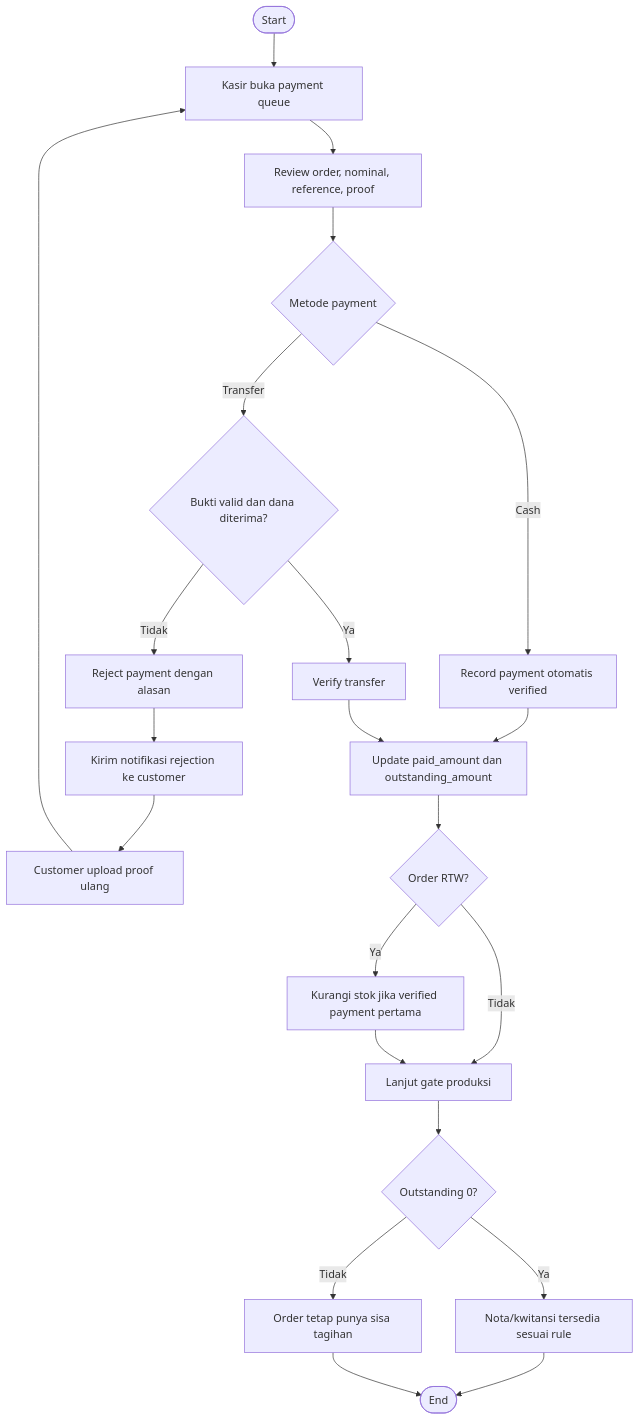
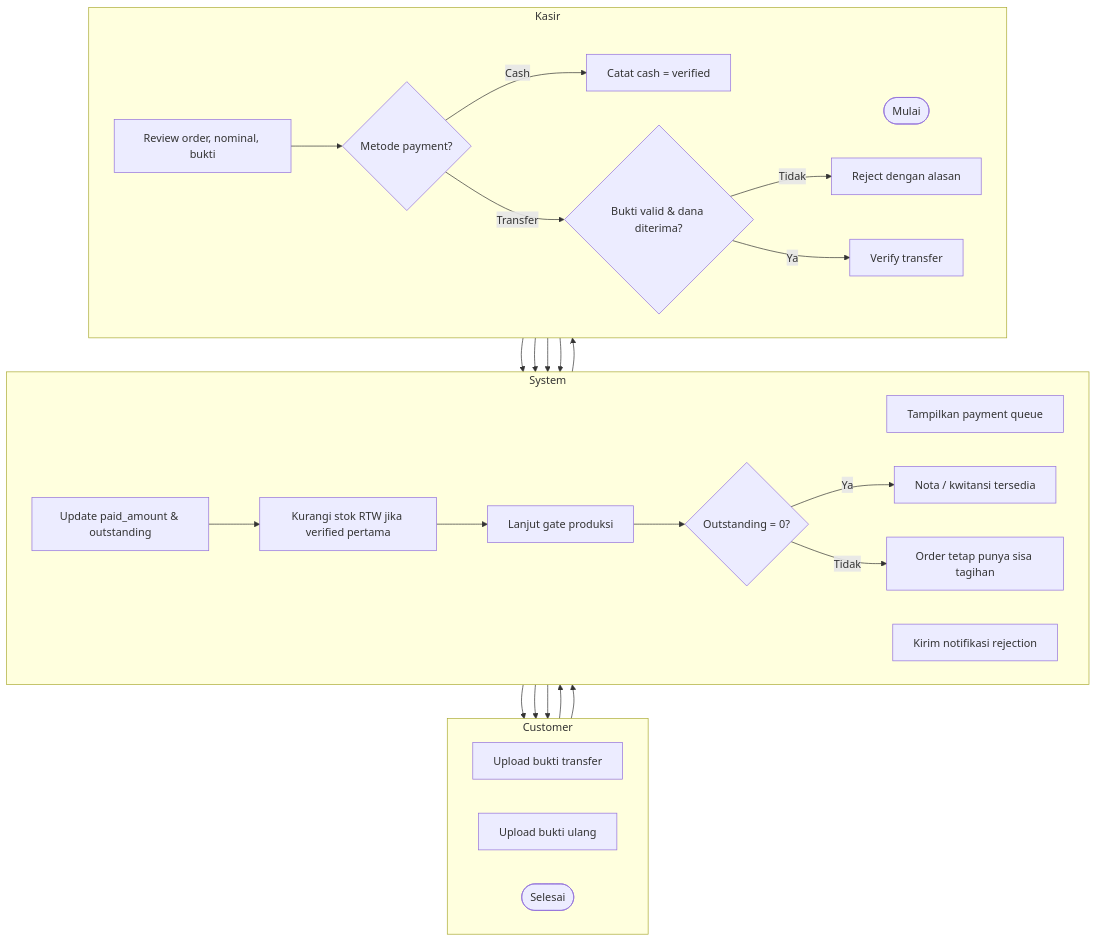
The tenth of 11 diagrams in docs/MVP-APP-UML-AND-USE-CASES.md (nabiilnuryassar/djaitin), drawn with Mermaid before and after one commit. The commit also changed other lines of this file, not shown here.

First line of the commit message:
docs(uml): konversi activity diagram ke format swimlane Mermaid

````diff
--- a/docs/MVP-APP-UML-AND-USE-CASES.md
+++ b/docs/MVP-APP-UML-AND-USE-CASES.md
@@ -658,24 +680,42 @@
 ```mermaid
-flowchart TD
-    A([Start]) --> B[Kasir buka payment queue]
-    B --> C[Review order, nominal, reference, proof]
-    C --> D{Metode payment}
-    D -- Cash --> E[Record payment otomatis verified]
-    D -- Transfer --> F{Bukti valid dan dana diterima?}
-    F -- Tidak --> G[Reject payment dengan alasan]
-    G --> H[Kirim notifikasi rejection ke customer]
-    H --> I[Customer upload proof ulang]
-    I --> B
-    F -- Ya --> J[Verify transfer]
-    E --> K[Update paid_amount dan outstanding_amount]
-    J --> K
-    K --> L{Order RTW?}
-    L -- Ya --> M[Kurangi stok jika verified payment pertama]
-    L -- Tidak --> N[Lanjut gate produksi]
-    M --> N
-    N --> O{Outstanding 0?}
-    O -- Ya --> P[Nota/kwitansi tersedia sesuai rule]
-    O -- Tidak --> Q[Order tetap punya sisa tagihan]
-    P --> R([End])
-    Q --> R
+flowchart TB
+    subgraph CUST["Customer"]
+        direction LR
+        cUpload[Upload bukti transfer]
+        cReUpload[Upload bukti ulang]
+        cEnd([Selesai])
+    end
+
+    subgraph SYS["System"]
+        direction LR
+        sQueue[Tampilkan payment queue]
+        sUpdate[Update paid_amount & outstanding]
+        sStock[Kurangi stok RTW jika verified pertama]
+        sGate[Lanjut gate produksi]
+        sCheck{Outstanding = 0?}
+        sNota[Nota / kwitansi tersedia]
+        sSisa[Order tetap punya sisa tagihan]
+        sNotif[Kirim notifikasi rejection]
+    end
+
+    subgraph KAS["Kasir"]
+        direction LR
+        kStart([Mulai])
+        kReview[Review order, nominal, bukti]
+        kMetode{Metode payment?}
+        kCash[Catat cash = verified]
+        kValid{Bukti valid & dana diterima?}
+        kReject[Reject dengan alasan]
+        kVerify[Verify transfer]
+    end
+
+    kStart --> sQueue --> kReview --> kMetode
+    cUpload --> sQueue
+    kMetode -- Cash --> kCash --> sUpdate
+    kMetode -- Transfer --> kValid
+    kValid -- Tidak --> kReject --> sNotif --> cReUpload --> sQueue
+    kValid -- Ya --> kVerify --> sUpdate
+    sUpdate --> sStock --> sGate --> sCheck
+    sCheck -- Ya --> sNota --> cEnd
+    sCheck -- Tidak --> sSisa --> cEnd
 ```
````
